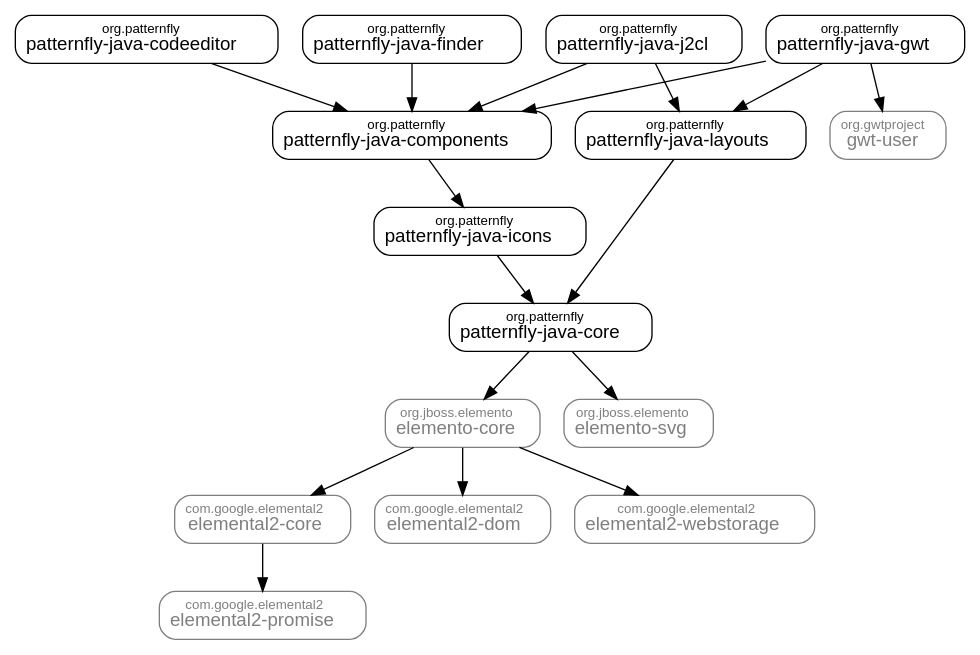
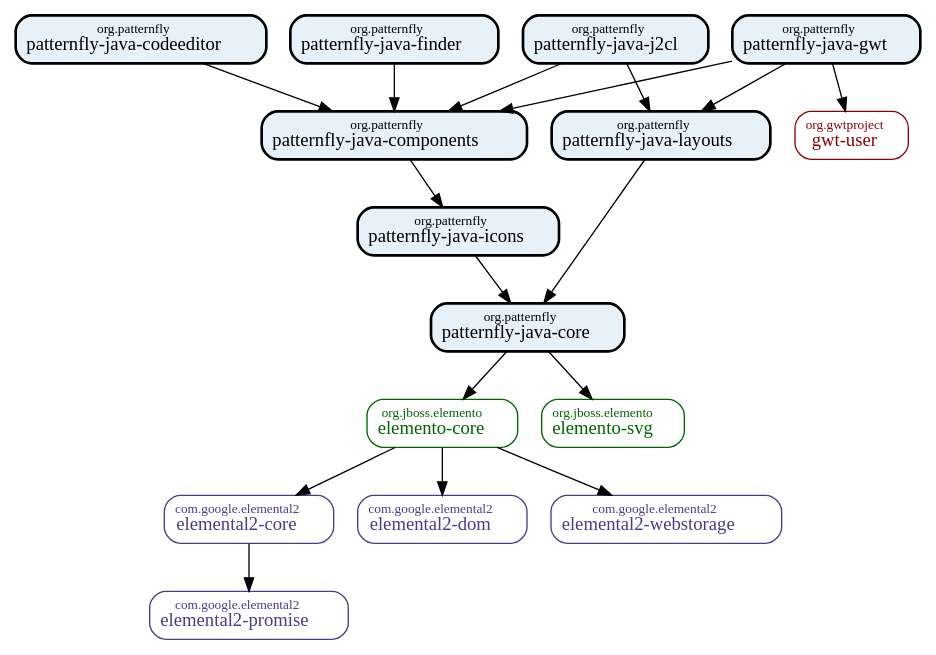
The diagram in dependency-graph.dot (patternfly-java/patternfly-java), drawn with Graphviz before and after one commit. The commit also changed 19 other files, not shown here.

```diff
--- a/dependency-graph.dot
+++ b/dependency-graph.dot
@@ -1,40 +1,40 @@
 digraph "patternfly-java-parent" {
   graph [rankdir="TB"]
   node [shape="box",style="rounded",fontname="Helvetica",fontsize="14"]
   edge [fontsize="10",fontname="Helvetica"]
 
   // Node Definitions:
-  "com.google.elemental2:elemental2-core:compile"[shape="box",style="rounded",color="grey50",fontname="Helvetica",fontsize="14",fontcolor="grey50",label=<<font point-size="10">com.google.elemental2</font><br/>elemental2-core>]
-  "com.google.elemental2:elemental2-promise:compile"[shape="box",style="rounded",color="grey50",fontname="Helvetica",fontsize="14",fontcolor="grey50",label=<<font point-size="10">com.google.elemental2</font><br/>elemental2-promise>]
-  "org.jboss.elemento:elemento-core:compile"[shape="box",style="rounded",color="grey50",fontname="Helvetica",fontsize="14",fontcolor="grey50",label=<<font point-size="10">org.jboss.elemento</font><br/>elemento-core>]
-  "com.google.elemental2:elemental2-dom:compile"[shape="box",style="rounded",color="grey50",fontname="Helvetica",fontsize="14",fontcolor="grey50",label=<<font point-size="10">com.google.elemental2</font><br/>elemental2-dom>]
-  "com.google.elemental2:elemental2-webstorage:compile"[shape="box",style="rounded",color="grey50",fontname="Helvetica",fontsize="14",fontcolor="grey50",label=<<font point-size="10">com.google.elemental2</font><br/>elemental2-webstorage>]
-  "org.patternfly:patternfly-java-core:compile"[label=<<font point-size="10">org.patternfly</font><br/>patternfly-java-core>]
-  "org.jboss.elemento:elemento-svg:compile"[shape="box",style="rounded",color="grey50",fontname="Helvetica",fontsize="14",fontcolor="grey50",label=<<font point-size="10">org.jboss.elemento</font><br/>elemento-svg>]
-  "org.patternfly:patternfly-java-icons:compile"[label=<<font point-size="10">org.patternfly</font><br/>patternfly-java-icons>]
-  "org.patternfly:patternfly-java-components:compile"[label=<<font point-size="10">org.patternfly</font><br/>patternfly-java-components>]
-  "org.patternfly:patternfly-java-codeeditor:compile"[label=<<font point-size="10">org.patternfly</font><br/>patternfly-java-codeeditor>]
-  "org.patternfly:patternfly-java-finder:compile"[label=<<font point-size="10">org.patternfly</font><br/>patternfly-java-finder>]
-  "org.patternfly:patternfly-java-layouts:compile"[label=<<font point-size="10">org.patternfly</font><br/>patternfly-java-layouts>]
-  "org.patternfly:patternfly-java-gwt:compile"[label=<<font point-size="10">org.patternfly</font><br/>patternfly-java-gwt>]
-  "org.gwtproject:gwt-user:compile"[shape="box",style="rounded",color="grey50",fontname="Helvetica",fontsize="14",fontcolor="grey50",label=<<font point-size="10">org.gwtproject</font><br/>gwt-user>]
-  "org.patternfly:patternfly-java-j2cl:compile"[label=<<font point-size="10">org.patternfly</font><br/>patternfly-java-j2cl>]
+  "com.google.elemental2:elemental2-core:compile"[shape="box",style="rounded",color="darkslateblue",fontname="Red Hat Display",fontsize="14",fontcolor="darkslateblue",label=<<font point-size="10">com.google.elemental2</font><br/>elemental2-core>]
+  "com.google.elemental2:elemental2-promise:compile"[shape="box",style="rounded",color="darkslateblue",fontname="Red Hat Display",fontsize="14",fontcolor="darkslateblue",label=<<font point-size="10">com.google.elemental2</font><br/>elemental2-promise>]
+  "org.jboss.elemento:elemento-core:compile"[shape="box",style="rounded",color="darkgreen",fontname="Red Hat Display",fontsize="14",fontcolor="darkgreen",label=<<font point-size="10">org.jboss.elemento</font><br/>elemento-core>]
+  "com.google.elemental2:elemental2-dom:compile"[shape="box",style="rounded",color="darkslateblue",fontname="Red Hat Display",fontsize="14",fontcolor="darkslateblue",label=<<font point-size="10">com.google.elemental2</font><br/>elemental2-dom>]
+  "com.google.elemental2:elemental2-webstorage:compile"[shape="box",style="rounded",color="darkslateblue",fontname="Red Hat Display",fontsize="14",fontcolor="darkslateblue",label=<<font point-size="10">com.google.elemental2</font><br/>elemental2-webstorage>]
+  "org.patternfly:patternfly-java-core:compile"[shape="box",style="filled,bold,rounded",fillcolor="#E7F1FA",fontname="Red Hat Display",fontsize="14",label=<<font point-size="10">org.patternfly</font><br/>patternfly-java-core>]
+  "org.jboss.elemento:elemento-svg:compile"[shape="box",style="rounded",color="darkgreen",fontname="Red Hat Display",fontsize="14",fontcolor="darkgreen",label=<<font point-size="10">org.jboss.elemento</font><br/>elemento-svg>]
+  "org.patternfly:patternfly-java-icons:compile"[shape="box",style="filled,bold,rounded",fillcolor="#E7F1FA",fontname="Red Hat Display",fontsize="14",label=<<font point-size="10">org.patternfly</font><br/>patternfly-java-icons>]
+  "org.patternfly:patternfly-java-components:compile"[shape="box",style="filled,bold,rounded",fillcolor="#E7F1FA",fontname="Red Hat Display",fontsize="14",label=<<font point-size="10">org.patternfly</font><br/>patternfly-java-components>]
+  "org.patternfly:patternfly-java-codeeditor:compile"[shape="box",style="filled,bold,rounded",fillcolor="#E7F1FA",fontname="Red Hat Display",fontsize="14",label=<<font point-size="10">org.patternfly</font><br/>patternfly-java-codeeditor>]
+  "org.patternfly:patternfly-java-finder:compile"[shape="box",style="filled,bold,rounded",fillcolor="#E7F1FA",fontname="Red Hat Display",fontsize="14",label=<<font point-size="10">org.patternfly</font><br/>patternfly-java-finder>]
+  "org.patternfly:patternfly-java-layouts:compile"[shape="box",style="filled,bold,rounded",fillcolor="#E7F1FA",fontname="Red Hat Display",fontsize="14",label=<<font point-size="10">org.patternfly</font><br/>patternfly-java-layouts>]
+  "org.patternfly:patternfly-java-gwt:compile"[shape="box",style="filled,bold,rounded",fillcolor="#E7F1FA",fontname="Red Hat Display",fontsize="14",label=<<font point-size="10">org.patternfly</font><br/>patternfly-java-gwt>]
+  "org.gwtproject:gwt-user:compile"[shape="box",style="rounded",color="darkred",fontname="Red Hat Display",fontsize="14",fontcolor="darkred",label=<<font point-size="10">org.gwtproject</font><br/>gwt-user>]
+  "org.patternfly:patternfly-java-j2cl:compile"[shape="box",style="filled,bold,rounded",fillcolor="#E7F1FA",fontname="Red Hat Display",fontsize="14",label=<<font point-size="10">org.patternfly</font><br/>patternfly-java-j2cl>]
 
   // Edge Definitions:
   "com.google.elemental2:elemental2-core:compile" -> "com.google.elemental2:elemental2-promise:compile"
   "org.jboss.elemento:elemento-core:compile" -> "com.google.elemental2:elemental2-core:compile"
   "org.jboss.elemento:elemento-core:compile" -> "com.google.elemental2:elemental2-dom:compile"
   "org.jboss.elemento:elemento-core:compile" -> "com.google.elemental2:elemental2-webstorage:compile"
   "org.patternfly:patternfly-java-core:compile" -> "org.jboss.elemento:elemento-core:compile"
   "org.patternfly:patternfly-java-core:compile" -> "org.jboss.elemento:elemento-svg:compile"
   "org.patternfly:patternfly-java-icons:compile" -> "org.patternfly:patternfly-java-core:compile"
   "org.patternfly:patternfly-java-components:compile" -> "org.patternfly:patternfly-java-icons:compile"
   "org.patternfly:patternfly-java-codeeditor:compile" -> "org.patternfly:patternfly-java-components:compile"
   "org.patternfly:patternfly-java-finder:compile" -> "org.patternfly:patternfly-java-components:compile"
   "org.patternfly:patternfly-java-layouts:compile" -> "org.patternfly:patternfly-java-core:compile"
   "org.patternfly:patternfly-java-gwt:compile" -> "org.patternfly:patternfly-java-components:compile"
   "org.patternfly:patternfly-java-gwt:compile" -> "org.patternfly:patternfly-java-layouts:compile"
   "org.patternfly:patternfly-java-gwt:compile" -> "org.gwtproject:gwt-user:compile"
   "org.patternfly:patternfly-java-j2cl:compile" -> "org.patternfly:patternfly-java-components:compile"
   "org.patternfly:patternfly-java-j2cl:compile" -> "org.patternfly:patternfly-java-layouts:compile"
 }
```
